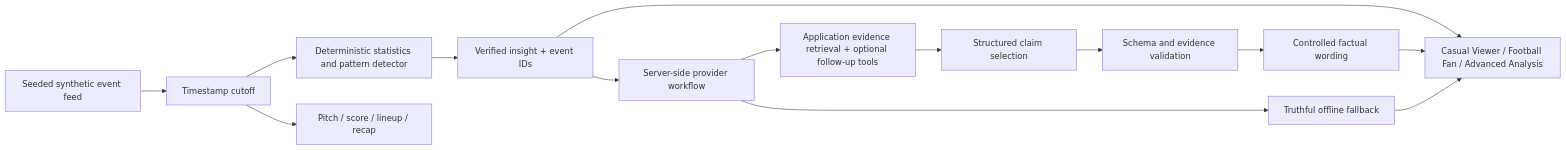
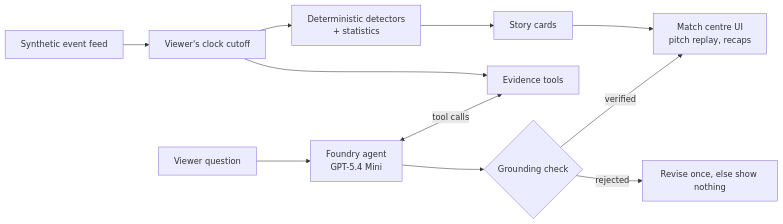
One commit to jbellamy16/between-the-lines changed the diagram in README.md. Above: the diagram before and after it, drawn with Mermaid. The commit also changed other lines of this file and 25 other files, not shown here.

````diff
--- a/README.md
+++ b/README.md
@@ -58,16 +33,13 @@
 ```mermaid
 flowchart LR
-  A[Seeded synthetic event feed] --> B[Timestamp cutoff]
-  B --> C[Deterministic statistics and pattern detector]
-  B --> D[Pitch / score / lineup / recap]
-  C --> E[Verified insight + event IDs]
-  E --> F[Casual Viewer / Football Fan / Advanced Analysis]
-  E --> G[Server-side provider workflow]
-  G --> H[Application evidence retrieval + optional follow-up tools]
-  H --> I[Structured claim selection]
-  I --> J[Schema and evidence validation]
-  J --> L[Controlled factual wording]
-  L --> F
-  G --> K[Truthful offline fallback]
-  K --> F
+  F[Synthetic event feed] --> C[Viewer's clock cutoff]
+  C --> D[Deterministic detectors<br/>+ statistics]
+  D --> S[Story cards]
+  C --> T[Evidence tools]
+  Q[Viewer question] --> A[Foundry agent<br/>GPT-5.4 Mini]
+  A <-- tool calls --> T
+  A --> G{Grounding check}
+  G -- verified --> UI[Match centre UI<br/>pitch replay, recaps]
+  S --> UI
+  G -- rejected --> R[Revise once, else show nothing]
 ```
````
